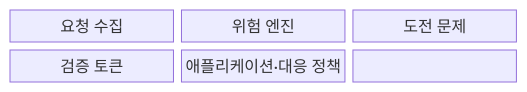
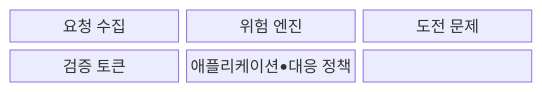
The first of 2 diagrams in src/content/docs/notes/05-security/069_captcha.md (agnusdei1207/knowledge-base), drawn with Mermaid before and after one commit. The commit also changed other lines of this file and 953 other files, not shown here.

````diff
--- a/src/content/docs/notes/05-security/069_captcha.md
+++ b/src/content/docs/notes/05-security/069_captcha.md
@@ -63,10 +63,10 @@
 ```mermaid
 block-beta
   columns 3
   A["요청 수집"]
   B["위험 엔진"]
   C["도전 문제"]
   D["검증 토큰"]
-  E["애플리케이션·대응 정책"]
+  E["애플리케이션•대응 정책"]
   A --> B --> C --> D --> E
 ```
````
